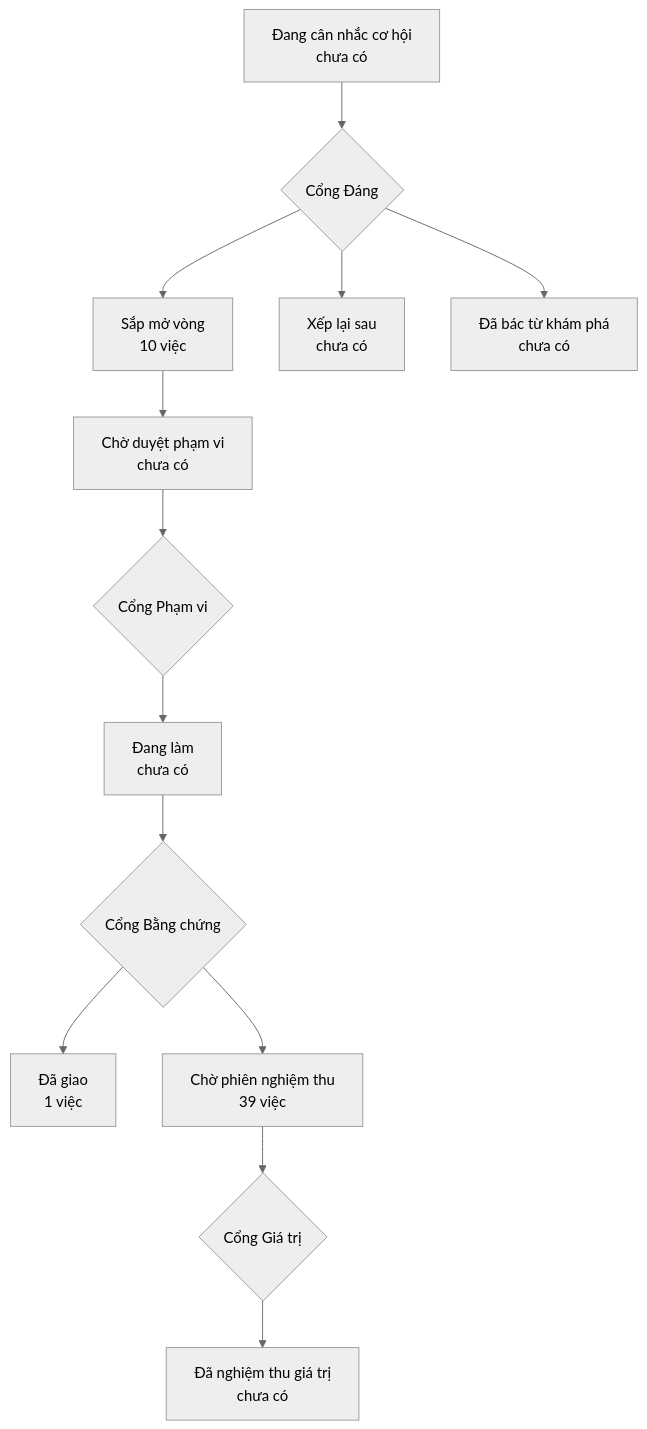
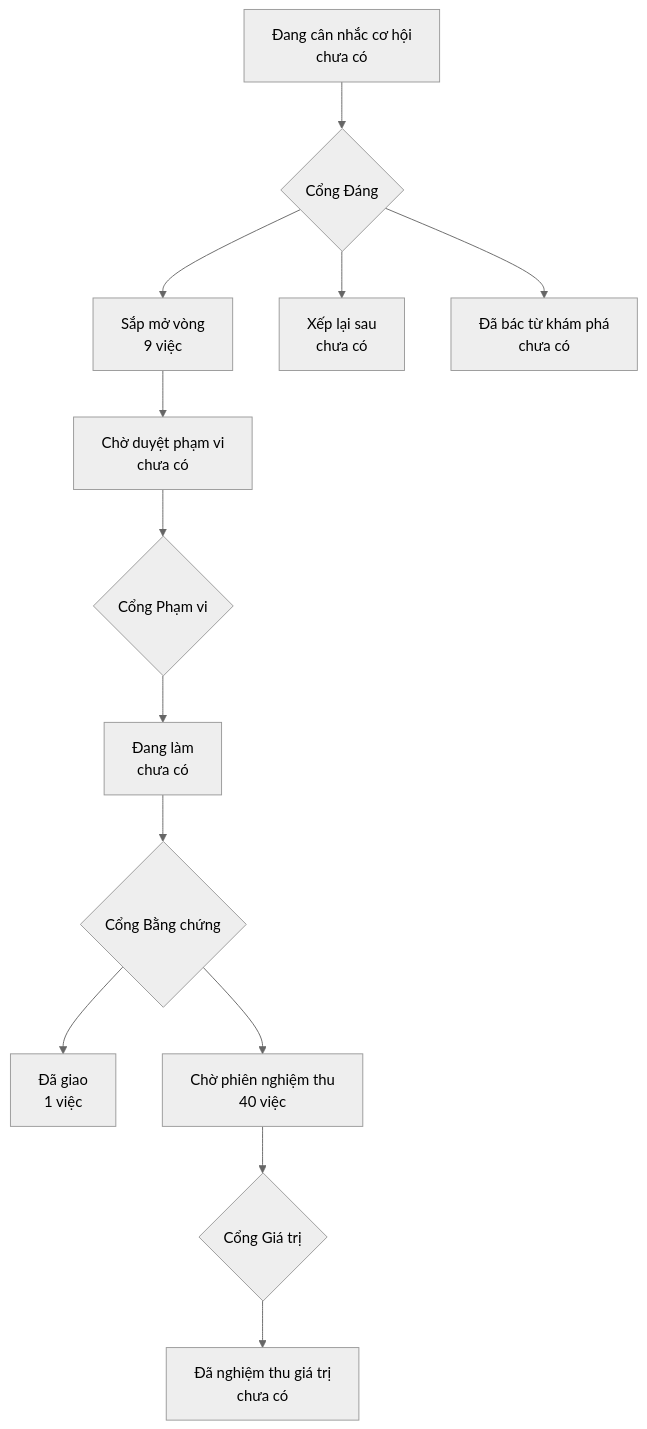
The diagram in PRODUCT-MAP.md (phanlemanh/onehub-inventory), drawn with Mermaid (neutral theme) before and after one commit. The commit also changed 1 other file, not shown here.

Commit message:
chore(dang-nhap-chon-tu-reui): regenerate the product map after merging main

````diff
--- a/PRODUCT-MAP.md
+++ b/PRODUCT-MAP.md
@@ -7,12 +7,12 @@
 ```mermaid
 flowchart TD
   A["Đang cân nhắc cơ hội<br/>chưa có"] --> GD{"Cổng Đáng"}
-  GD --> B["Sắp mở vòng<br/>10 việc"]
+  GD --> B["Sắp mở vòng<br/>9 việc"]
   GD --> XL["Xếp lại sau<br/>chưa có"]
   GD --> DB["Đã bác từ khám phá<br/>chưa có"]
   B --> CD["Chờ duyệt phạm vi<br/>chưa có"] --> GP{"Cổng Phạm vi"}
   GP --> DL["Đang làm<br/>chưa có"] --> GB{"Cổng Bằng chứng"}
   GB --> DG["Đã giao<br/>1 việc"]
-  GB --> CN["Chờ phiên nghiệm thu<br/>39 việc"] --> GG{"Cổng Giá trị"}
+  GB --> CN["Chờ phiên nghiệm thu<br/>40 việc"] --> GG{"Cổng Giá trị"}
   GG --> NT["Đã nghiệm thu giá trị<br/>chưa có"]
 ```
````
